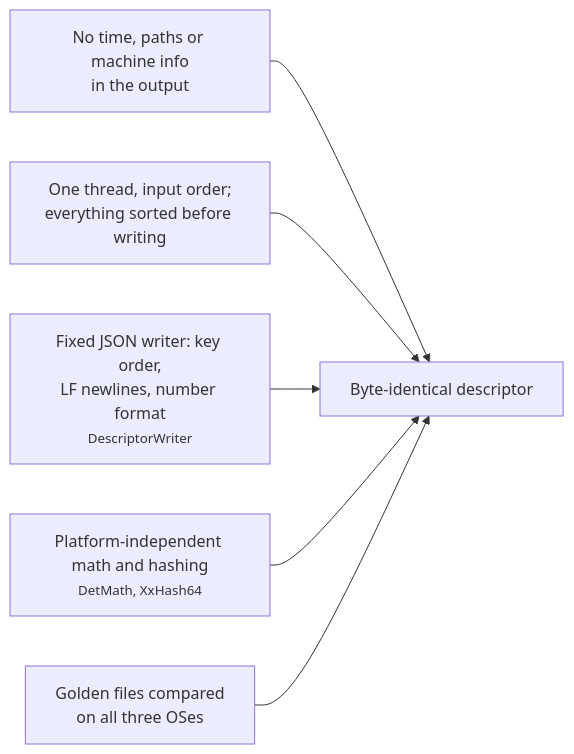
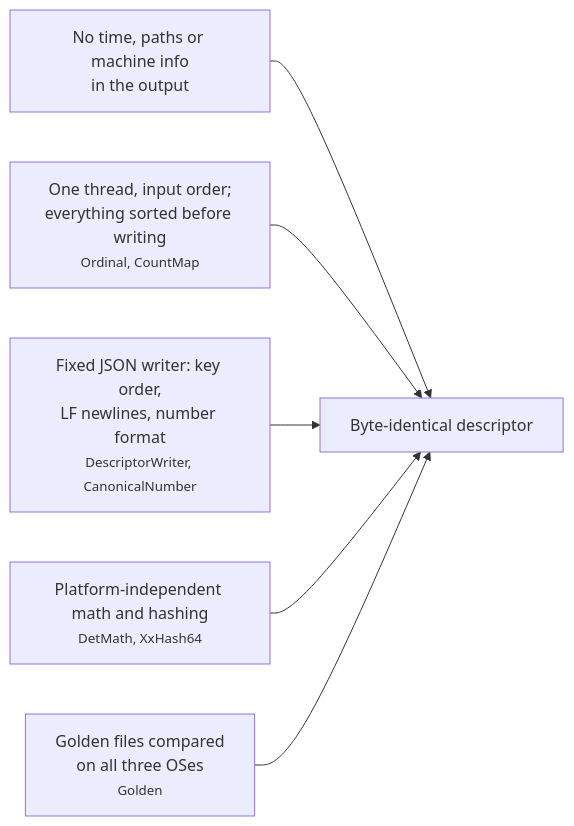
Before and after one commit to squalor-xyz/squalify: the ninth of 11 diagrams in docs/how-it-works.md, drawn with Mermaid. The commit also changed other lines of this file and 40 other files, not shown here.

Commit message:
sq-02: canonical descriptor writer

````diff
--- a/docs/how-it-works.md
+++ b/docs/how-it-works.md
@@ -163,9 +163,9 @@
 ```mermaid
 flowchart LR
     G1["No time, paths or machine info<br/>in the output"] --> Same
-    G2["One thread, input order;<br/>everything sorted before writing"] --> Same
-    G3["Fixed JSON writer: key order,<br/>LF newlines, number format<br/><small>DescriptorWriter</small>"] --> Same
+    G2["One thread, input order;<br/>everything sorted before writing<br/><small>Ordinal, CountMap</small>"] --> Same
+    G3["Fixed JSON writer: key order,<br/>LF newlines, number format<br/><small>DescriptorWriter, CanonicalNumber</small>"] --> Same
     G4["Platform-independent math and hashing<br/><small>DetMath, XxHash64</small>"] --> Same
-    G5["Golden files compared<br/>on all three OSes"] --> Same
+    G5["Golden files compared<br/>on all three OSes<br/><small>Golden</small>"] --> Same
     Same["Byte-identical descriptor"]
 ```
````
